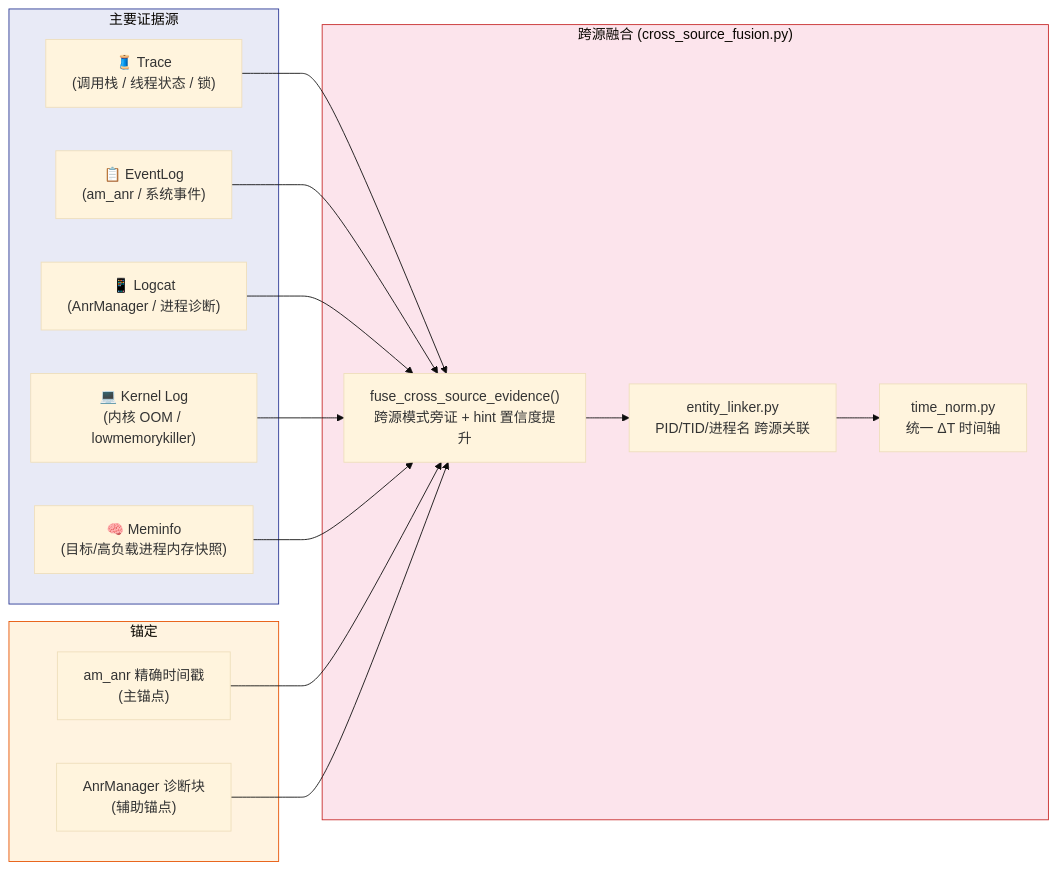
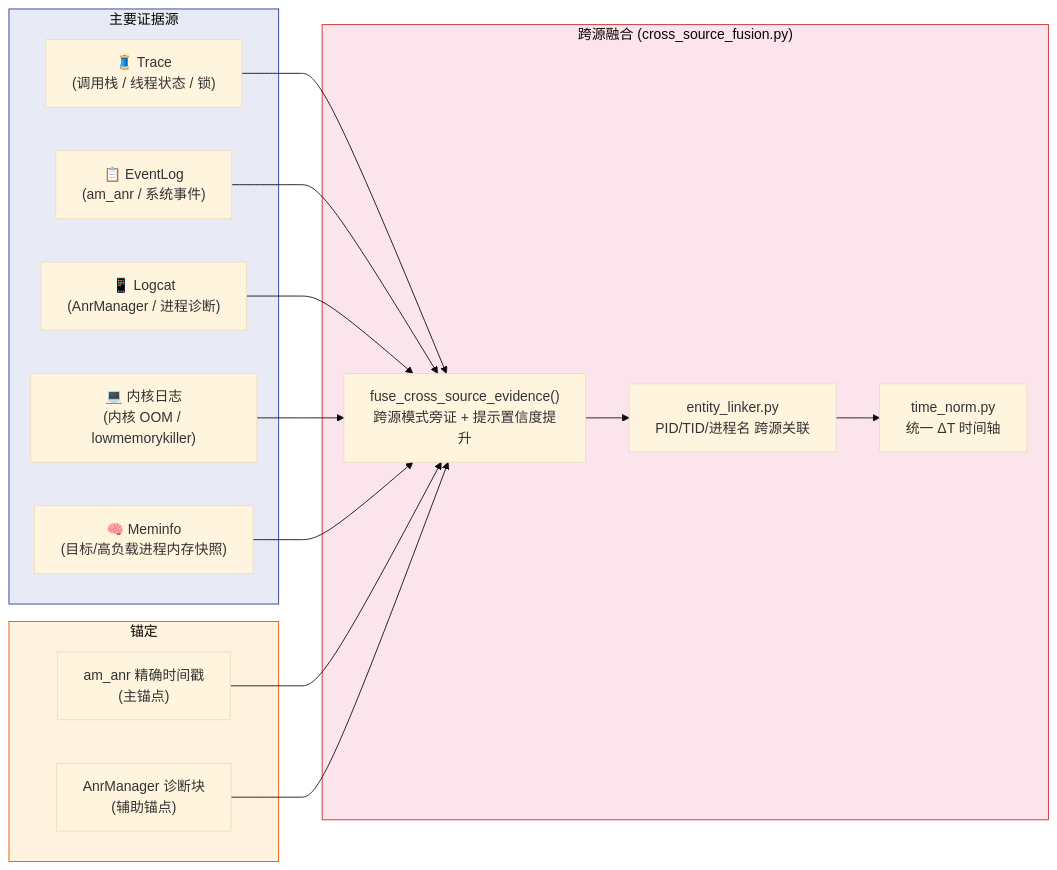
One commit to yuchuangu85/llm-anr changed the eighth of 8 diagrams in docs/agent-anr-flowchart.md. Above: the diagram before and after it, drawn with Mermaid (base theme). The commit also changed other lines of this file and 40 other files, not shown here.

````diff
--- a/docs/agent-anr-flowchart.md
+++ b/docs/agent-anr-flowchart.md
@@ -382,30 +382,30 @@
 ```mermaid
 flowchart LR
     subgraph SOURCES["主要证据源"]
         S1["🧵 Trace\n(调用栈 / 线程状态 / 锁)"]
         S2["📋 EventLog\n(am_anr / 系统事件)"]
         S3["📱 Logcat\n(AnrManager / 进程诊断)"]
-        S4["💻 Kernel Log\n(内核 OOM / lowmemorykiller)"]
+        S4["💻 内核日志\n(内核 OOM / lowmemorykiller)"]
         S5["🧠 Meminfo\n(目标/高负载进程内存快照)"]
     end
 
     subgraph FUSION["跨源融合 (cross_source_fusion.py)"]
-        F1["fuse_cross_source_evidence()\n跨源模式旁证 + hint 置信度提升"]
+        F1["fuse_cross_source_evidence()\n跨源模式旁证 + 提示置信度提升"]
         F2["entity_linker.py\nPID/TID/进程名 跨源关联"]
         F3["time_norm.py\n统一 ΔT 时间轴"]
     end
 
     subgraph ANCHOR["锚定"]
         AN1["am_anr 精确时间戳\n(主锚点)"]
         AN2["AnrManager 诊断块\n(辅助锚点)"]
     end
 
     S1 & S2 & S3 & S4 & S5 --> F1
     F1 --> F2
     F2 --> F3
     AN1 & AN2 --> F1
 
     style SOURCES fill:#e8eaf6,stroke:#283593
     style FUSION fill:#fce4ec,stroke:#c62828
     style ANCHOR fill:#fff3e0,stroke:#e65100
 ```
````
